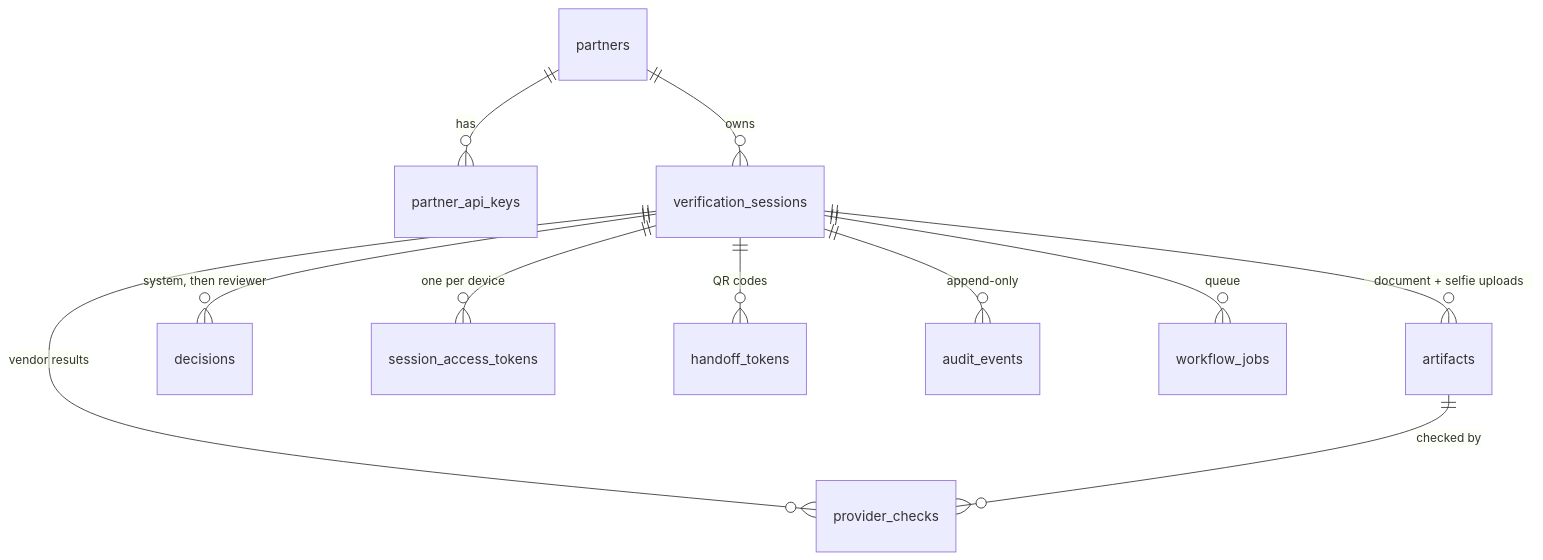
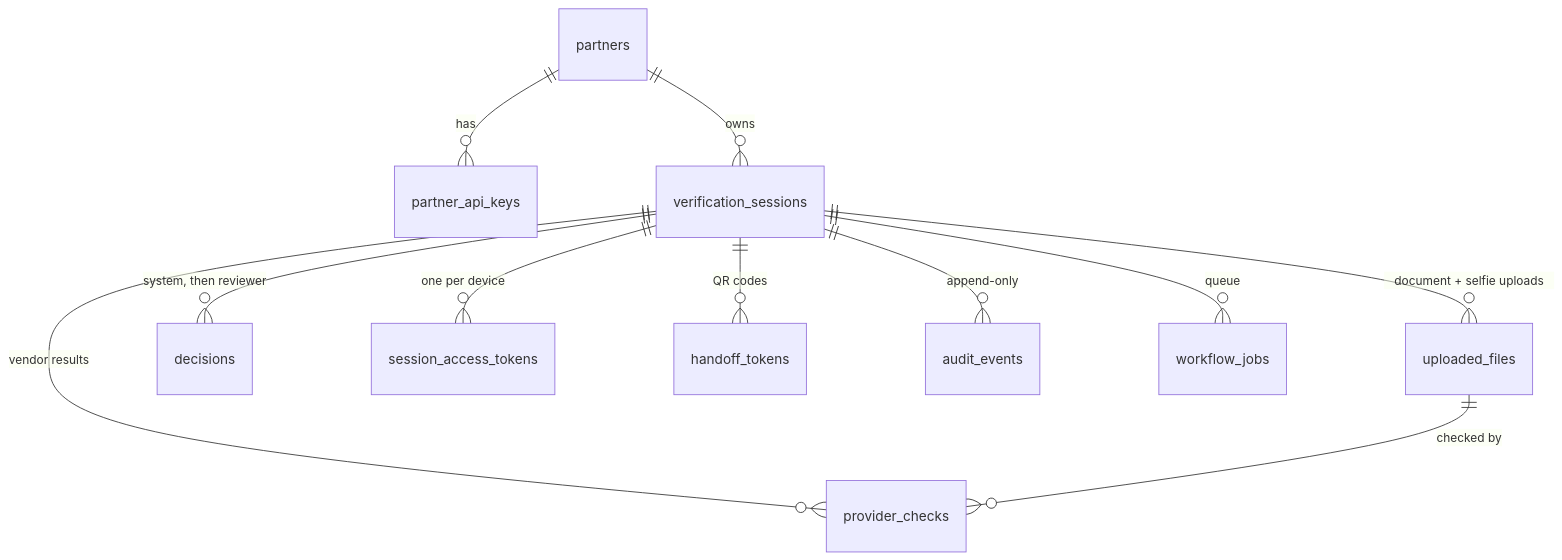
One commit to MSolarMP/mock-kyc-backend changed the ninth of 10 diagrams in docs/WALKTHROUGH.md. Above: the diagram before and after it, drawn with Mermaid. The commit also changed other lines of this file and 33 other files, not shown here.

````diff
--- a/docs/WALKTHROUGH.md
+++ b/docs/WALKTHROUGH.md
@@ -655,13 +655,13 @@
 ```mermaid
 erDiagram
     partners ||--o{ partner_api_keys : has
     partners ||--o{ verification_sessions : owns
-    verification_sessions ||--o{ artifacts : "document + selfie uploads"
+    verification_sessions ||--o{ uploaded_files : "document + selfie uploads"
     verification_sessions ||--o{ provider_checks : "vendor results"
     verification_sessions ||--o{ decisions : "system, then reviewer"
     verification_sessions ||--o{ session_access_tokens : "one per device"
     verification_sessions ||--o{ handoff_tokens : "QR codes"
     verification_sessions ||--o{ audit_events : "append-only"
     verification_sessions ||--o{ workflow_jobs : "queue"
-    artifacts ||--o{ provider_checks : "checked by"
+    uploaded_files ||--o{ provider_checks : "checked by"
 ```
````
